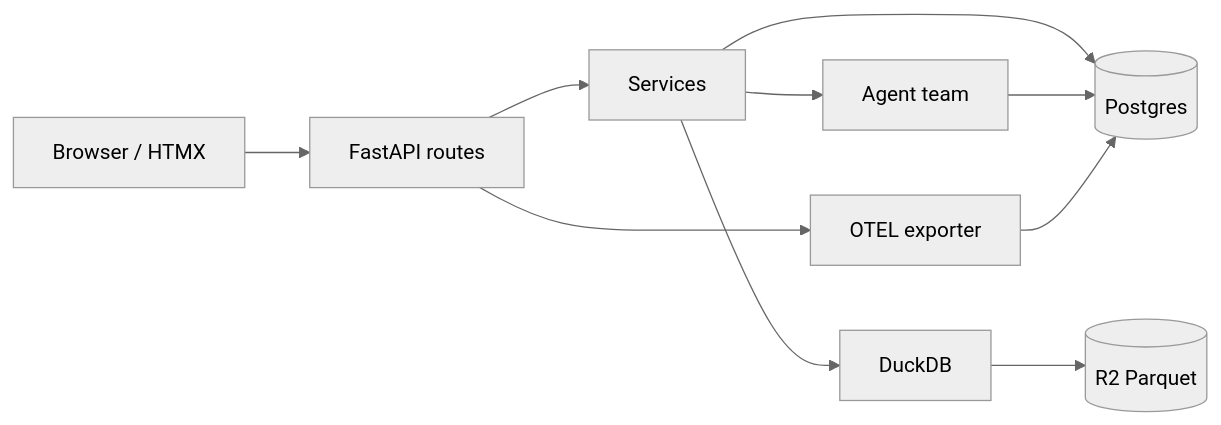
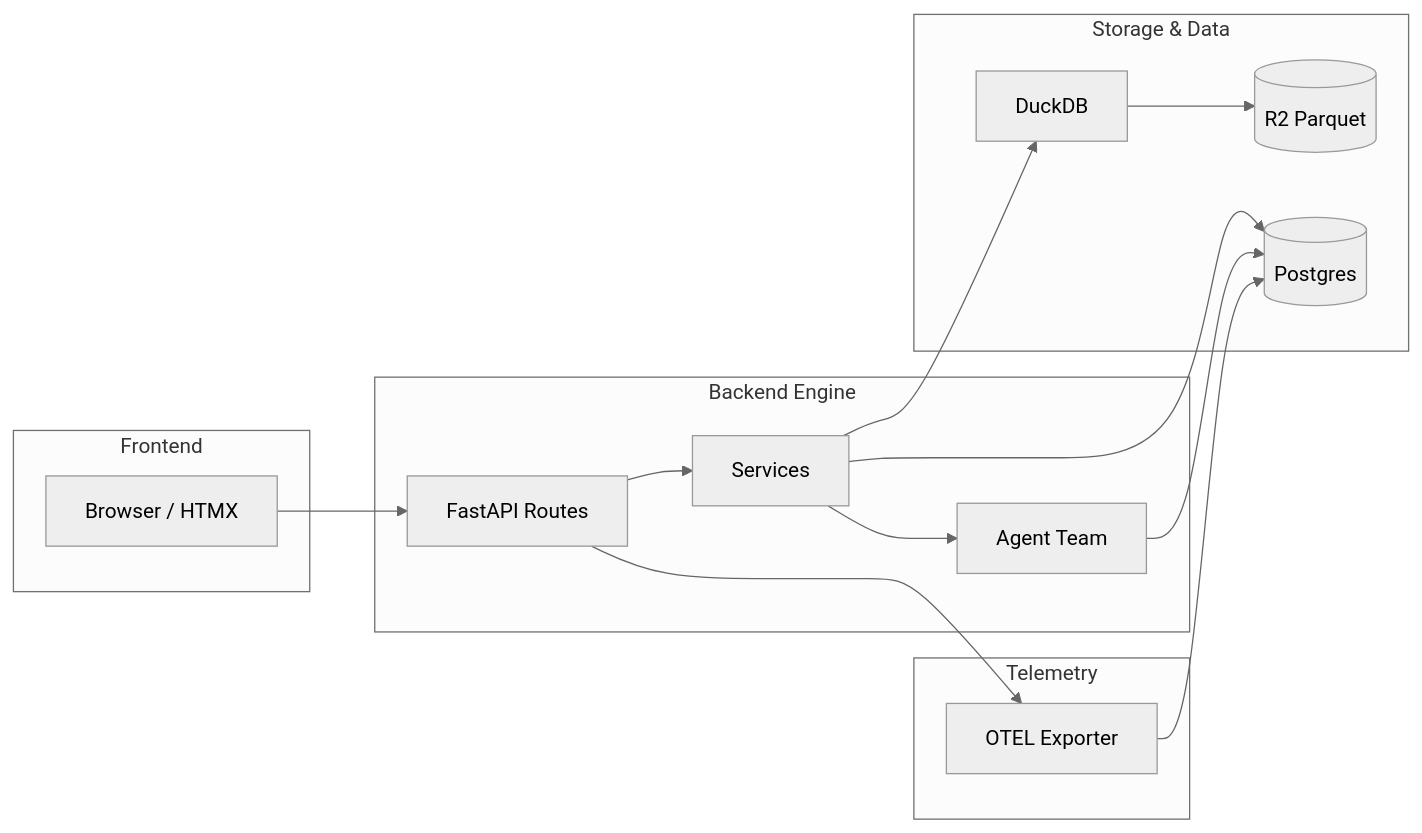
Before and after one commit to rlp-jym/zoomcamp-ai-dev-cohort-2026: the second of 2 diagrams in revenue_data_reliability/README.md, drawn with Mermaid (neutral theme). The commit also changed other lines of this file and 1 other file, not shown here.

````diff
--- a/revenue_data_reliability/README.md
+++ b/revenue_data_reliability/README.md
@@ -75,12 +120,24 @@
 ```mermaid
 flowchart LR
-  U[Browser / HTMX] --> F[FastAPI routes]
-  F --> S[Services]
-  S --> P[(Postgres)]
-  S --> D[DuckDB]
-  D --> R[(R2 Parquet)]
-  S --> A[Agent team]
-  A --> P
-  F --> O[OTEL exporter]
-  O --> P
+    subgraph Frontend
+        U[Browser / HTMX]
+    end
+
+    subgraph Backend Engine
+        F[FastAPI Routes] --> S[Services]
+        S --> A[Agent Team]
+    end
+
+    subgraph "Storage & Data"
+        S --> D[DuckDB] --> R[(R2 Parquet)]
+        S --> P[(Postgres)]
+        A --> P
+    end
+
+    subgraph Telemetry
+        F --> O[OTEL Exporter] --> P
+    end
+
+    U --> F
+
 ```
````
